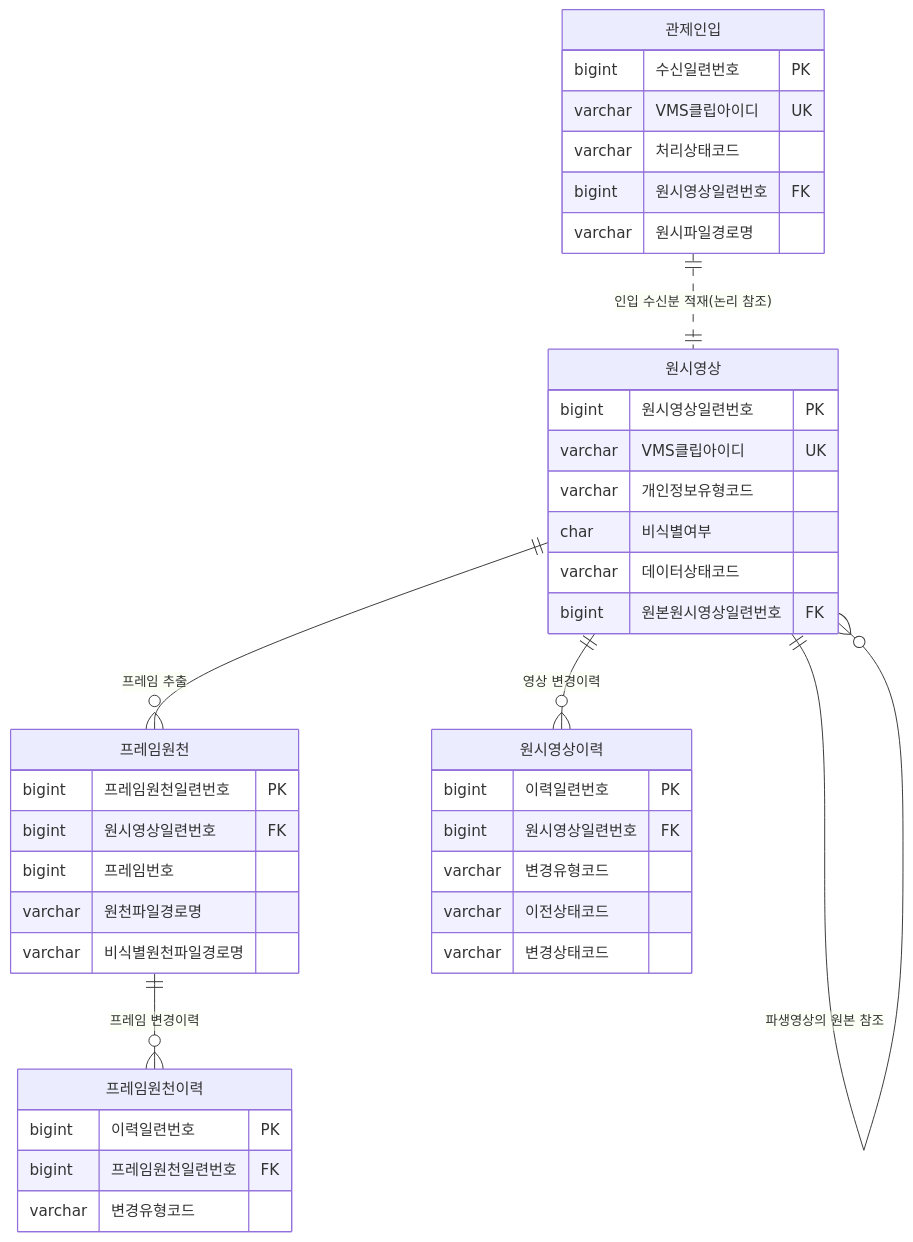
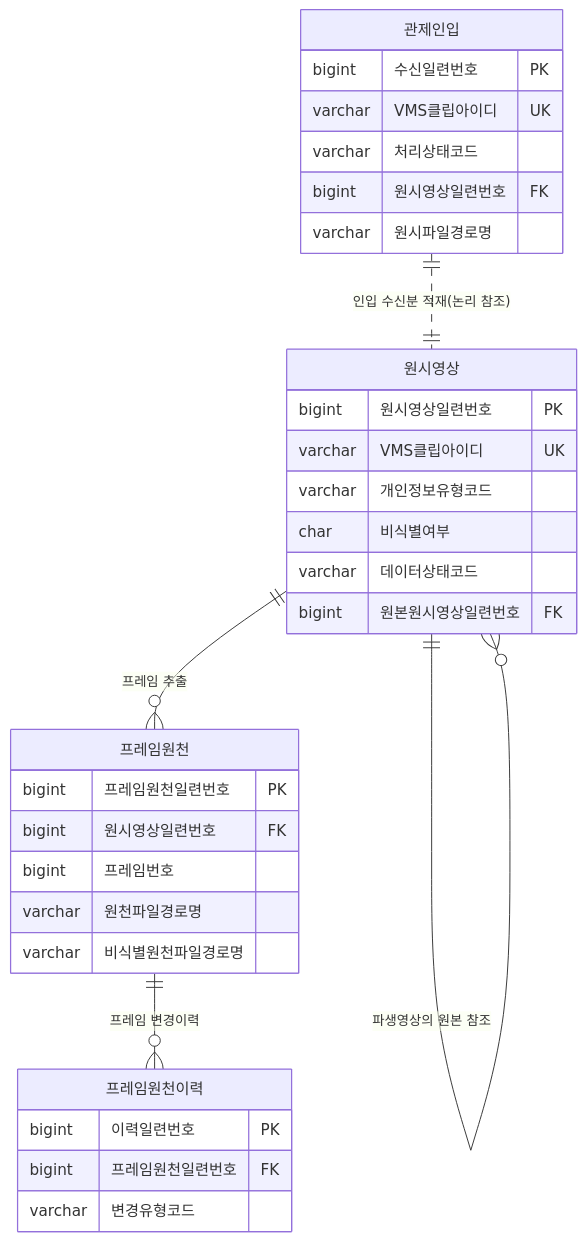
The first of 17 diagrams in docs/design/KLID_AT_엔티티관계모형설계서.md (New-stella/klid-label), drawn with Mermaid before and after one commit. The commit also changed other lines of this file and 10 other files, not shown here.

````diff
--- a/docs/design/KLID_AT_엔티티관계모형설계서.md
+++ b/docs/design/KLID_AT_엔티티관계모형설계서.md
@@ -56,42 +57,34 @@
 ```mermaid
 erDiagram
     원시영상 ||--o{ 프레임원천 : "프레임 추출"
     원시영상 ||--o{ 원시영상 : "파생영상의 원본 참조"
-    원시영상 ||--o{ 원시영상이력 : "영상 변경이력"
     프레임원천 ||--o{ 프레임원천이력 : "프레임 변경이력"
     관제인입 ||..|| 원시영상 : "인입 수신분 적재(논리 참조)"
     원시영상 {
         bigint 원시영상일련번호 PK
         varchar VMS클립아이디 UK
         varchar 개인정보유형코드
         char 비식별여부
         varchar 데이터상태코드
         bigint 원본원시영상일련번호 FK
     }
     프레임원천 {
         bigint 프레임원천일련번호 PK
         bigint 원시영상일련번호 FK
         bigint 프레임번호
         varchar 원천파일경로명
         varchar 비식별원천파일경로명
     }
-    원시영상이력 {
-        bigint 이력일련번호 PK
-        bigint 원시영상일련번호 FK
-        varchar 변경유형코드
-        varchar 이전상태코드
-        varchar 변경상태코드
-    }
     프레임원천이력 {
         bigint 이력일련번호 PK
         bigint 프레임원천일련번호 FK
         varchar 변경유형코드
     }
     관제인입 {
         bigint 수신일련번호 PK
         varchar VMS클립아이디 UK
         varchar 처리상태코드
         bigint 원시영상일련번호 FK
         varchar 원시파일경로명
     }
 ```
````
